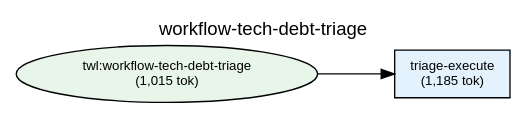
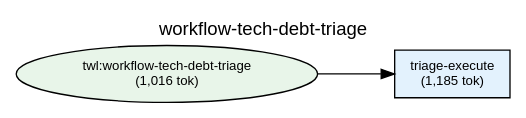
Before and after one commit to shuu5/twill: the diagram in plugins/twl/docs/deps-workflow-tech-debt-triage.dot, drawn with Graphviz. The commit also changed 831 other files, not shown here.

```diff
--- a/plugins/twl/docs/deps-workflow-tech-debt-triage.dot
+++ b/plugins/twl/docs/deps-workflow-tech-debt-triage.dot
@@ -1,40 +1,40 @@
 digraph Dependencies {
     // Graph settings
     rankdir=LR;
     ranksep=0.8;
     nodesep=0.3;
     fontname="Helvetica";
     node [fontname="Helvetica", fontsize=10];
     edge [fontname="Helvetica", fontsize=9];
     label="workflow-tech-debt-triage";
     labelloc=t;
     fontsize=14;
 
     // L0: Controller Skills
 
     // L0: Launchers
 
     // L0.5: Workflow Skills
-    skill_workflow_tech_debt_triage [label="twl:workflow-tech-debt-triage\n(1,015 tok)", shape=ellipse, style=filled, fillcolor="#e8f5e9"];
+    skill_workflow_tech_debt_triage [label="twl:workflow-tech-debt-triage\n(1,016 tok)", shape=ellipse, style=filled, fillcolor="#e8f5e9"];
 
     // Reference Skills
 
     // L1: Direct Commands
     cmd_triage_execute [label="triage-execute\n(1,185 tok)", shape=box, style=filled, fillcolor="#e3f2fd"];
 
     // L2: Sub Commands
 
     // L3: Agents
 
     // L3.5: Scripts
 
     // L4: External
 
     // Layer constraints
     { rank=same; skill_workflow_tech_debt_triage; }
     { rank=same; cmd_triage_execute; }
 
     // Edges
     skill_workflow_tech_debt_triage -> cmd_triage_execute;
 
 }
```
